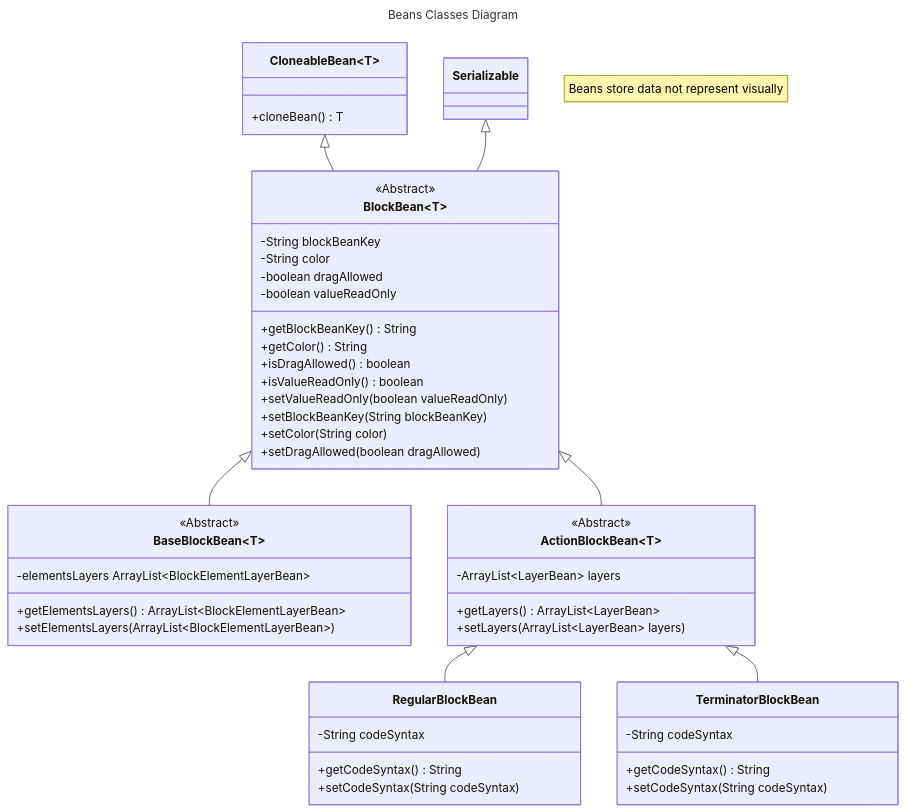
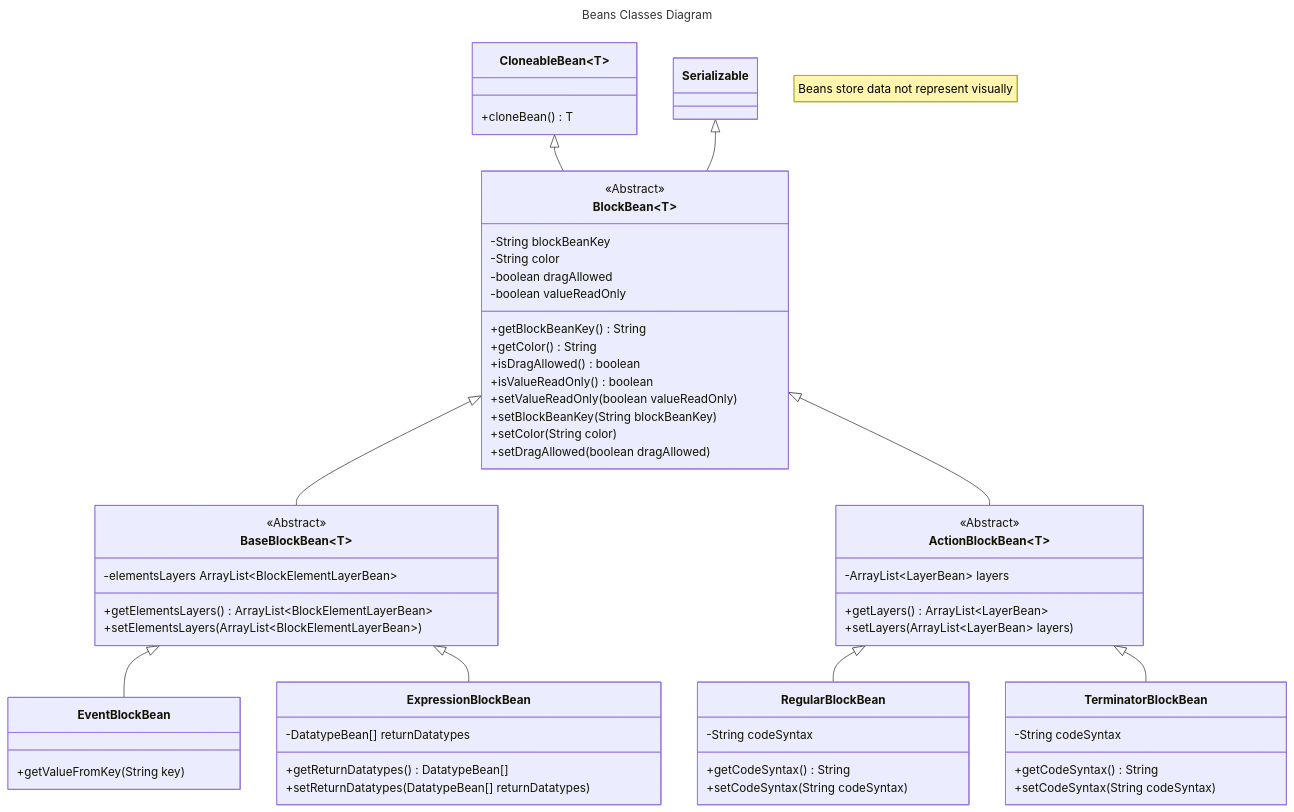
The diagram in docs/beans-classes.md (Innovative-CST/AndroidAppStudio), drawn with Mermaid before and after one commit.

Commit message:
uml: add UML of class ExpressionBlockBean & EventBlockBean

````diff
--- a/docs/beans-classes.md
+++ b/docs/beans-classes.md
@@ -1,66 +1,79 @@
 ```mermaid
 ---
 title: Beans Classes Diagram
 ---
 classDiagram
     note "Beans store data not represent visually"
     class CloneableBean~T~ {
         +cloneBean() T
     }
 
     class BlockBean~T~ {
         <<Abstract>>
 
         -String blockBeanKey
 	    -String color
 	    -boolean dragAllowed
 	    -boolean valueReadOnly
 
         +getBlockBeanKey() String
         +getColor() String
         +isDragAllowed() boolean
         +isValueReadOnly() boolean
         +setValueReadOnly(boolean valueReadOnly)
         +setBlockBeanKey(String blockBeanKey)
         +setColor(String color)
         +setDragAllowed(boolean dragAllowed)
     }
     CloneableBean~T~ <|-- BlockBean~T~
     Serializable <|-- BlockBean~T~
 
     class BaseBlockBean~T~ {
         <<Abstract>>
 
         -elementsLayers ArrayList~BlockElementLayerBean~
 
         +getElementsLayers() ArrayList~BlockElementLayerBean~
         +setElementsLayers(ArrayList~BlockElementLayerBean~)
     }
     BlockBean~T~ <|-- BaseBlockBean~T~
 
+    class EventBlockBean {
+        +getValueFromKey(String key)
+    }
+    BaseBlockBean~T~ <|-- EventBlockBean
+
+    class ExpressionBlockBean {
+        -DatatypeBean[] returnDatatypes
+
+        +getReturnDatatypes() DatatypeBean[]
+        +setReturnDatatypes(DatatypeBean[] returnDatatypes)
+    }
+    BaseBlockBean~T~ <|-- ExpressionBlockBean
+
     class ActionBlockBean~T~ {
         <<Abstract>>
 
         -ArrayList~LayerBean~ layers
 
         +getLayers() ArrayList~LayerBean~
         +setLayers(ArrayList~LayerBean~ layers)
     }
     BlockBean~T~ <|-- ActionBlockBean~T~
 
     class RegularBlockBean {
         -String codeSyntax
 
         +getCodeSyntax() String
         +setCodeSyntax(String codeSyntax)
     }
 
     ActionBlockBean~RegularBlockBean~ <|-- RegularBlockBean
     class TerminatorBlockBean {
         -String codeSyntax
 
         +getCodeSyntax() String
         +setCodeSyntax(String codeSyntax)
     }
     ActionBlockBean~TerminatorBlockBean~ <|-- TerminatorBlockBean
 ```
````
